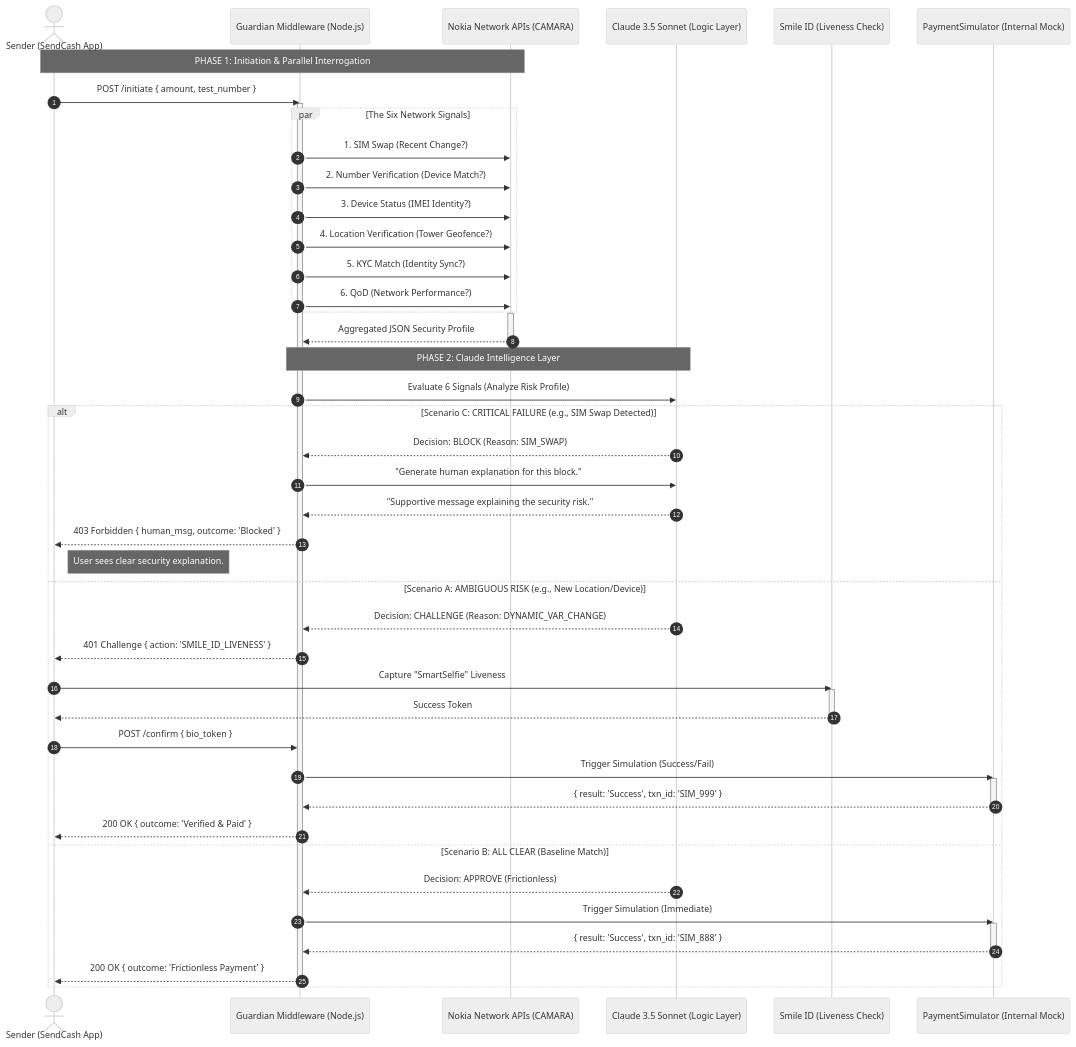
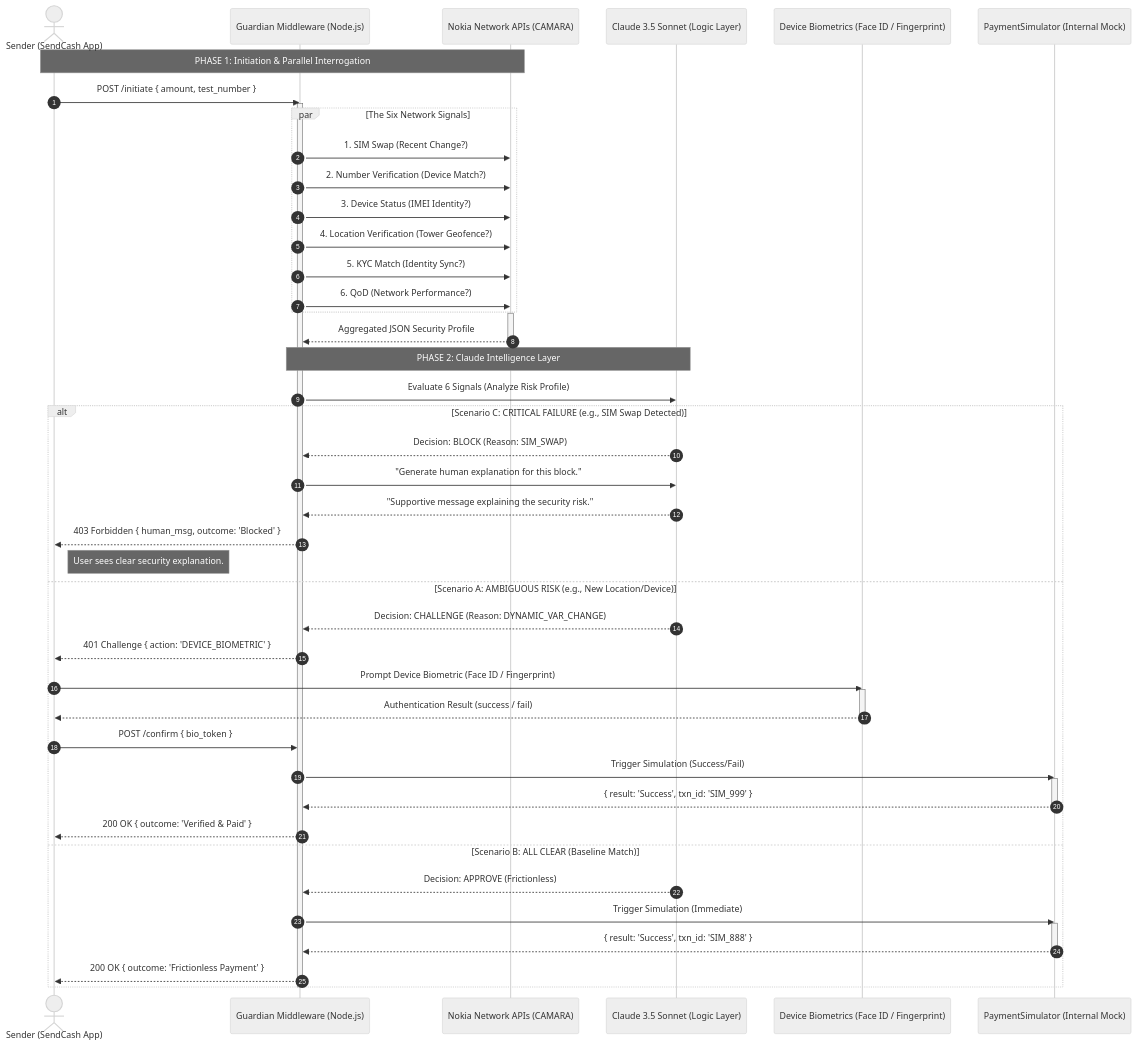
Before and after one commit to itumeleng-itu/guard-layer: the diagram in ReadMe.md, drawn with Mermaid (neutral theme). The commit also changed other lines of this file and 3 other files, not shown here.

Commit message:
feat: implement secure payment middleware and native device-based biometric authentication hook

````diff
--- a/ReadMe.md
+++ b/ReadMe.md
@@ -37,65 +37,65 @@
 ```mermaid
 sequenceDiagram
     autonumber
     actor U as Sender (SendCash App)
     participant M as Guardian Middleware (Node.js)
     participant N as Nokia Network APIs (CAMARA)
     participant AI as Claude 3.5 Sonnet (Logic Layer)
-    participant BIO as Smile ID (Liveness Check)
+    participant BIO as Device Biometrics (Face ID / Fingerprint)
     participant S as PaymentSimulator (Internal Mock)
 
     Note over U, N: PHASE 1: Initiation & Parallel Interrogation
     U->>M: POST /initiate { amount, test_number }
     activate M
     
     par The Six Network Signals
         M->>N: 1. SIM Swap (Recent Change?)
         M->>N: 2. Number Verification (Device Match?)
         M->>N: 3. Device Status (IMEI Identity?)
         M->>N: 4. Location Verification (Tower Geofence?)
         M->>N: 5. KYC Match (Identity Sync?)
         M->>N: 6. QoD (Network Performance?)
     end
     
     activate N
     N-->>M: Aggregated JSON Security Profile
     deactivate N
 
     Note over M, AI: PHASE 2: Claude Intelligence Layer
 
     M->>AI: Evaluate 6 Signals (Analyze Risk Profile)
     
     alt Scenario C: CRITICAL FAILURE (e.g., SIM Swap Detected)
         AI-->>M: Decision: BLOCK (Reason: SIM_SWAP)
         M->>AI: "Generate human explanation for this block."
         AI-->>M: "Supportive message explaining the security risk."
         M-->>U: 403 Forbidden { human_msg, outcome: 'Blocked' }
         Note right of U: User sees clear security explanation.
 
     else Scenario A: AMBIGUOUS RISK (e.g., New Location/Device)
         AI-->>M: Decision: CHALLENGE (Reason: DYNAMIC_VAR_CHANGE)
-        M-->>U: 401 Challenge { action: 'SMILE_ID_LIVENESS' }
+        M-->>U: 401 Challenge { action: 'DEVICE_BIOMETRIC' }
         
-        U->>BIO: Capture "SmartSelfie" Liveness
+        U->>BIO: Prompt Device Biometric (Face ID / Fingerprint)
         activate BIO
-        BIO-->>U: Success Token
+        BIO-->>U: Authentication Result (success / fail)
         deactivate BIO
         
         U->>M: POST /confirm { bio_token }
         M->>S: Trigger Simulation (Success/Fail)
         activate S
         S-->>M: { result: 'Success', txn_id: 'SIM_999' }
         deactivate S
         M-->>U: 200 OK { outcome: 'Verified & Paid' }
 
     else Scenario B: ALL CLEAR (Baseline Match)
         AI-->>M: Decision: APPROVE (Frictionless)
         M->>S: Trigger Simulation (Immediate)
         activate S
         S-->>M: { result: 'Success', txn_id: 'SIM_888' }
         deactivate S
         M-->>U: 200 OK { outcome: 'Frictionless Payment' }
     end
     
     deactivate M
 ```
````
